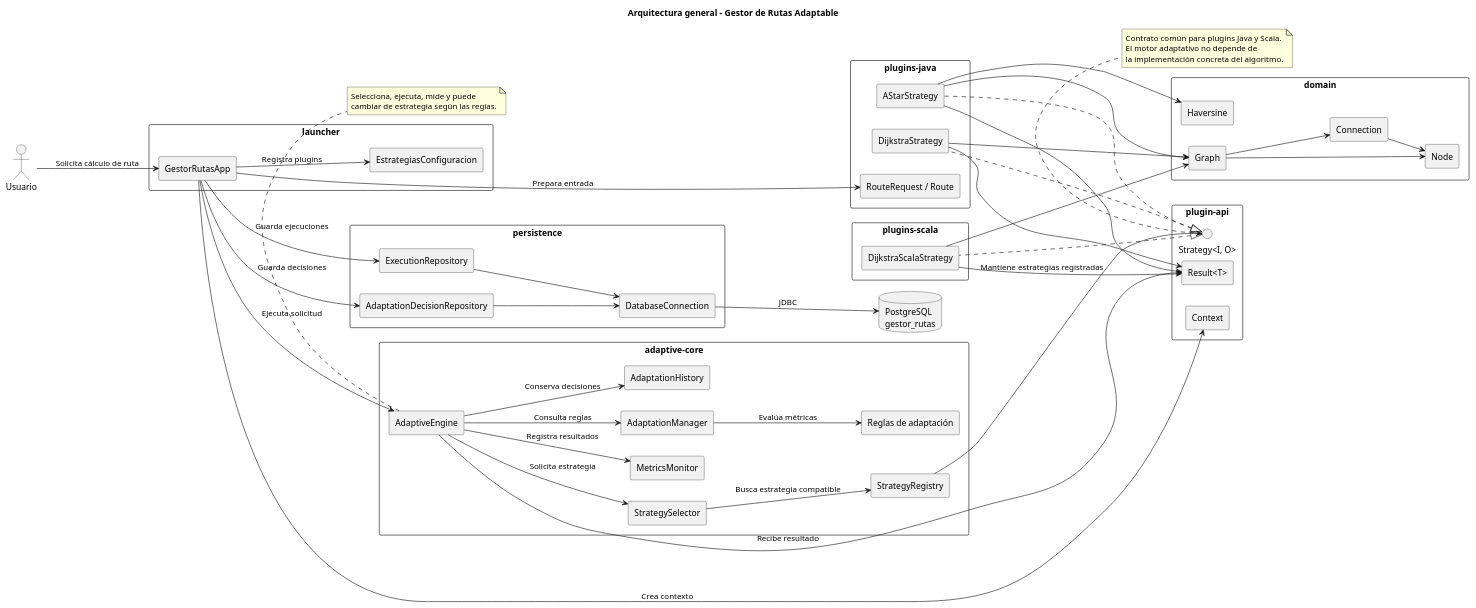
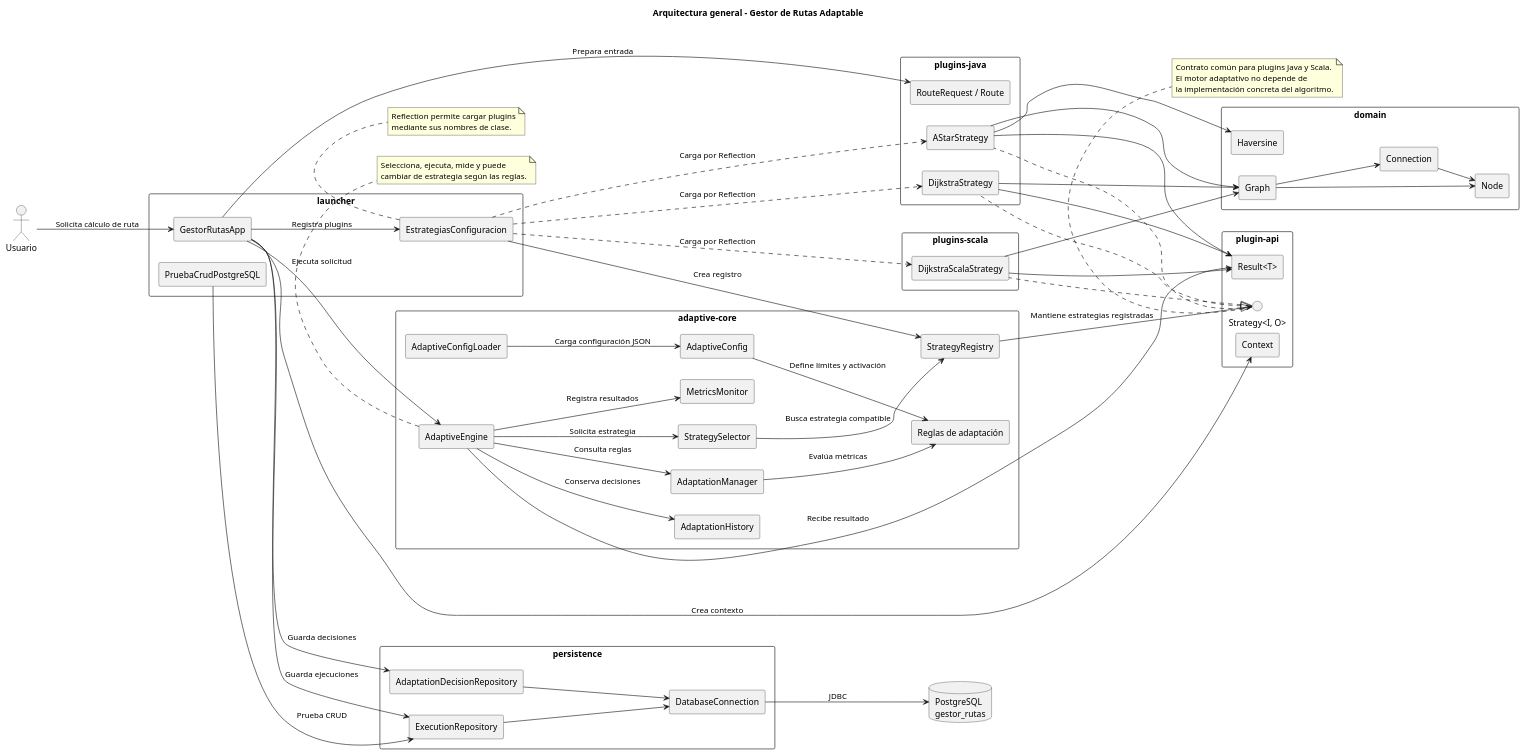
The diagram in docs/diagrams/architecture-diagram.puml (Billoqui/GestorRutas), drawn with PlantUML before and after one commit. The commit also changed 4 other files, not shown here.

Commit message:
docs: actualizar diagramas UML de la arquitectura y clases

```diff
--- a/docs/diagrams/architecture-diagram.puml
+++ b/docs/diagrams/architecture-diagram.puml
@@ -1,106 +1,123 @@
 @startuml
 title Arquitectura general - Gestor de Rutas Adaptable
 
 skinparam componentStyle rectangle
 skinparam packageStyle rectangle
 skinparam shadowing false
 left to right direction
 
 actor "Usuario" as Usuario
 
 package "launcher" {
     component "GestorRutasApp" as App
     component "EstrategiasConfiguracion" as ConfigEstrategias
+    component "PruebaCrudPostgreSQL" as PruebaCRUD
 }
 
 package "adaptive-core" {
     component "AdaptiveEngine" as Motor
     component "StrategySelector" as Selector
     component "StrategyRegistry" as Registro
     component "MetricsMonitor" as Monitor
     component "AdaptationManager" as Adaptador
     component "AdaptationHistory" as Historial
+    component "AdaptiveConfigLoader" as Cargador
+    component "AdaptiveConfig" as Config
     component "Reglas de adaptación" as Reglas
 }
 
 package "plugin-api" {
     interface "Strategy<I, O>" as Contrato
     component "Context" as Contexto
     component "Result<T>" as Resultado
 }
 
 package "plugins-java" {
     component "DijkstraStrategy" as Dijkstra
     component "AStarStrategy" as AStar
     component "RouteRequest / Route" as DTOJava
 }
 
 package "plugins-scala" {
     component "DijkstraScalaStrategy" as Scala
 }
 
 package "domain" {
     component "Graph" as Grafo
     component "Node" as Nodo
     component "Connection" as Conexion
     component "Haversine" as Distancia
 }
 
 package "persistence" {
     component "ExecutionRepository" as RepoEjecuciones
     component "AdaptationDecisionRepository" as RepoDecisiones
     component "DatabaseConnection" as ConexionBD
 }
 
 database "PostgreSQL\ngestor_rutas" as BD
 
 Usuario --> App : Solicita cálculo de ruta
 App --> ConfigEstrategias : Registra plugins
 App --> Motor : Ejecuta solicitud
 App --> Contexto : Crea contexto
 App --> DTOJava : Prepara entrada
 
+ConfigEstrategias --> Registro : Crea registro
+ConfigEstrategias ..> Dijkstra : Carga por Reflection
+ConfigEstrategias ..> AStar : Carga por Reflection
+ConfigEstrategias ..> Scala : Carga por Reflection
+
 Motor --> Selector : Solicita estrategia
 Selector --> Registro : Busca estrategia compatible
 Registro --> Contrato : Mantiene estrategias registradas
 
 Contrato <|.. Dijkstra
 Contrato <|.. AStar
 Contrato <|.. Scala
 
 Motor --> Monitor : Registra resultados
 Motor --> Adaptador : Consulta reglas
 Adaptador --> Reglas : Evalúa métricas
 Motor --> Historial : Conserva decisiones
+
+Cargador --> Config : Carga configuración JSON
+Config --> Reglas : Define límites y activación
 
 Dijkstra --> Grafo
 AStar --> Grafo
 AStar --> Distancia
 Scala --> Grafo
 Grafo --> Nodo
 Grafo --> Conexion
 Conexion --> Nodo
 
 Dijkstra --> Resultado
 AStar --> Resultado
 Scala --> Resultado
 Motor --> Resultado : Recibe resultado
 
 App --> RepoEjecuciones : Guarda ejecuciones
 App --> RepoDecisiones : Guarda decisiones
+PruebaCRUD --> RepoEjecuciones : Prueba CRUD
 RepoEjecuciones --> ConexionBD
 RepoDecisiones --> ConexionBD
 ConexionBD --> BD : JDBC
 
 note bottom of Contrato
   Contrato común para plugins Java y Scala.
   El motor adaptativo no depende de
   la implementación concreta del algoritmo.
 end note
 
 note bottom of Motor
   Selecciona, ejecuta, mide y puede
   cambiar de estrategia según las reglas.
 end note
 
+note bottom of ConfigEstrategias
+  Reflection permite cargar plugins
+  mediante sus nombres de clase.
+end note
+
 @enduml
```
